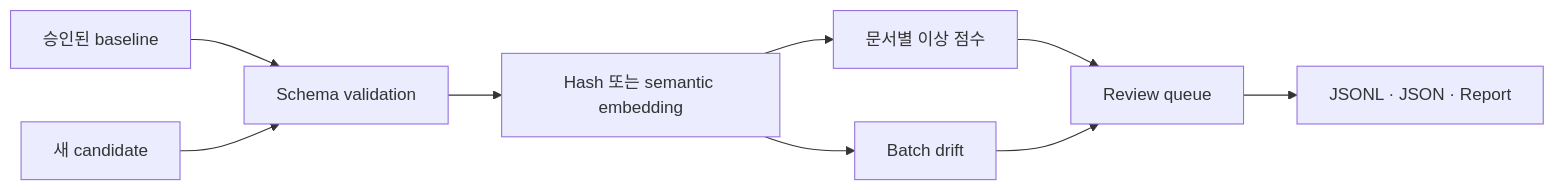
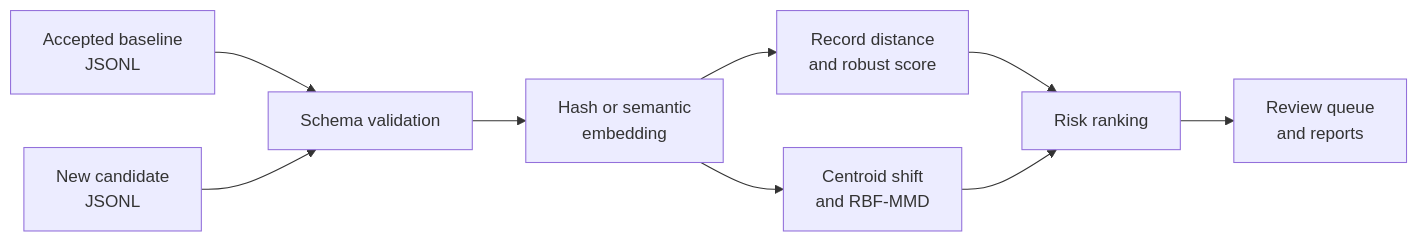
Before and after one commit to yoon-chan-hyeok/ocr-quality-monitoring: the diagram in README.md, drawn with Mermaid. The commit also changed other lines of this file, not shown here.

````diff
--- a/README.md
+++ b/README.md
@@ -53,11 +63,11 @@
 ```mermaid
 flowchart LR
-    A["승인된 baseline"] --> V["Schema validation"]
-    B["새 candidate"] --> V
-    V --> E["Hash 또는 semantic embedding"]
-    E --> N["문서별 이상 점수"]
-    E --> G["Batch drift"]
-    N --> R["Review queue"]
+    A["Accepted baseline<br/>JSONL"] --> V["Schema validation"]
+    B["New candidate<br/>JSONL"] --> V
+    V --> E["Hash or semantic<br/>embedding"]
+    E --> N["Record distance<br/>and robust score"]
+    E --> G["Centroid shift<br/>and RBF-MMD"]
+    N --> R["Risk ranking"]
     G --> R
-    R --> Q["JSONL · JSON · Report"]
+    R --> Q["Review queue<br/>and reports"]
 ```
````
